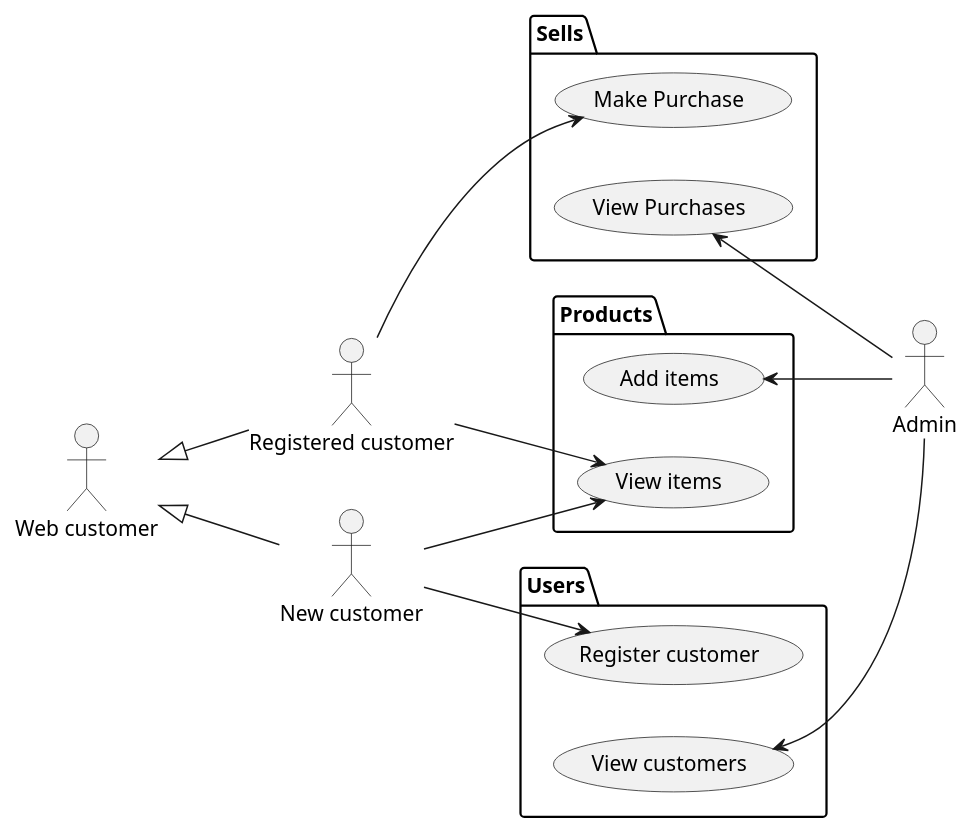
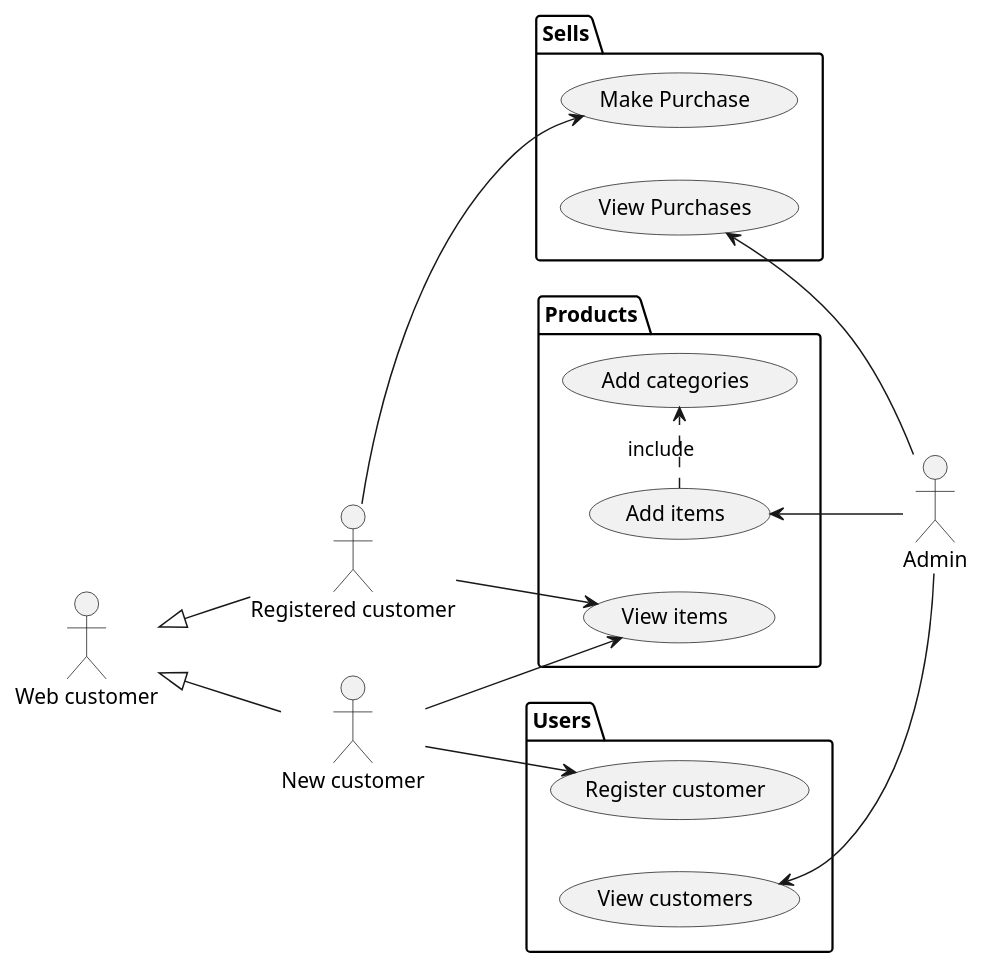
One commit to diogogomes77/django-fruit-shop changed the diagram in docs/use_case_diagram.puml. Above: the diagram before and after it, drawn with PlantUML. The commit also changed 8 other files, not shown here.

```diff
--- a/docs/use_case_diagram.puml
+++ b/docs/use_case_diagram.puml
@@ -1,36 +1,39 @@
 @startuml
 left to right direction
 
 actor "Web customer" as wc
 actor "Registered customer" as rc
 actor "New customer" as nc
 actor "Admin" as admin
 
 wc <|-- rc
 wc <|-- nc
 
 package Products {
     usecase "Add items" as add_items
     usecase "View items" as view_items
+    usecase "Add categories" as add_categories
 }
 
 package Sells {
     usecase "Make Purchase" as make_purchase
     usecase "View Purchases" as view_purchases
 }
 
 package Users {
     usecase "Register customer" as register_customer
     usecase "View customers" as view_customers
 }
 
 rc --> view_items
 rc --> make_purchase
 nc --> register_customer
 nc --> view_items
 
 add_items <-- admin
 view_customers <-- admin
 view_purchases <-- admin
 
+add_items .> add_categories : include
+
 @enduml
```
